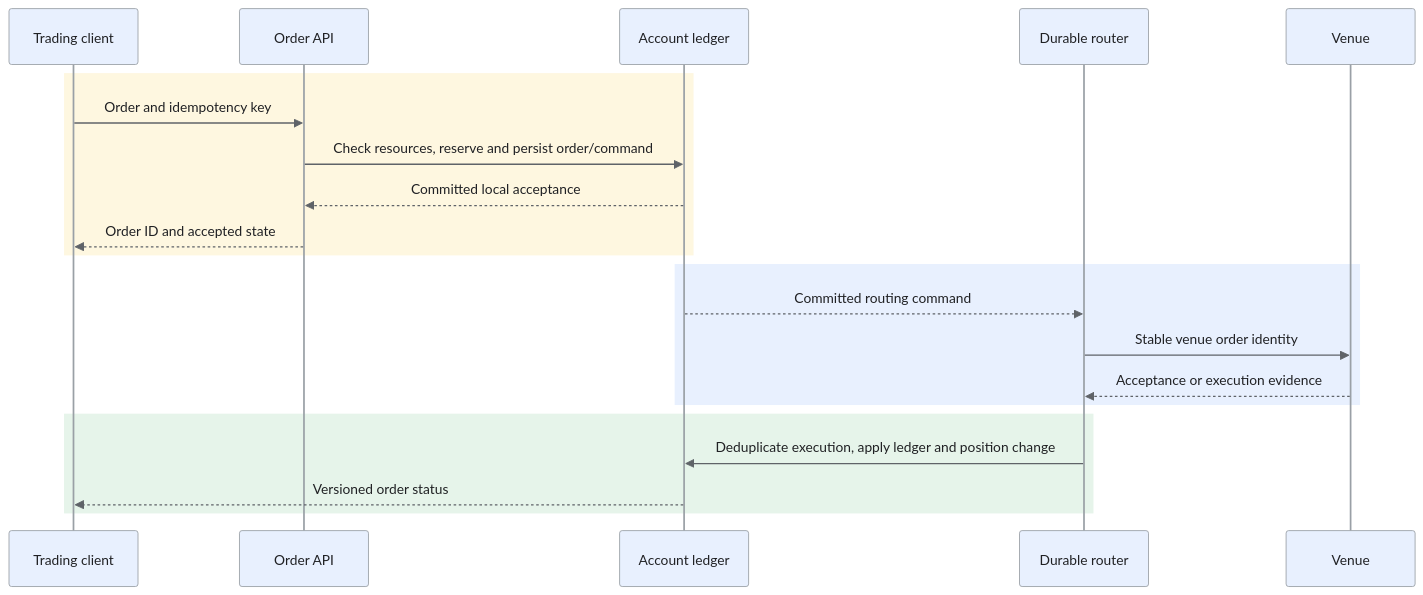
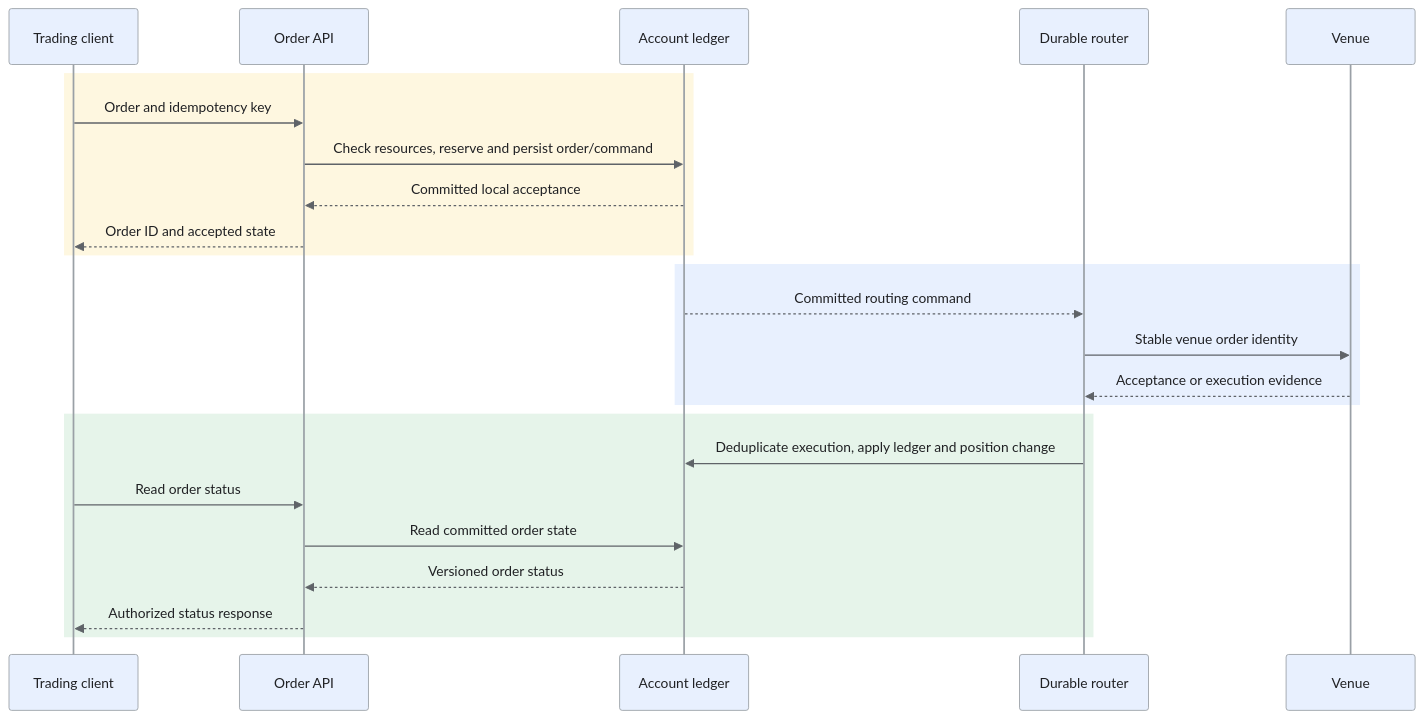
The second of 4 diagrams in _designs/system-design-stock-trading-platform.md (iliazlobin/iliazlobin.github.io), drawn with Mermaid before and after one commit. The commit also changed other lines of this file and 2 other files, not shown here.

Commit message:
docs: route sequence delivery through owning services

````diff
--- a/_designs/system-design-stock-trading-platform.md
+++ b/_designs/system-design-stock-trading-platform.md
@@ -216,25 +216,28 @@
 ```mermaid
 %%{init: {'theme':'base','themeVariables':{'primaryColor':'#e8f0fe','primaryTextColor':'#202124','primaryBorderColor':'#9aa0a6','lineColor':'#5f6368','secondaryColor':'#e6f4ea','tertiaryColor':'#fef7e0','actorBkg':'#e8f0fe','actorBorder':'#9aa0a6','actorTextColor':'#202124','noteBkgColor':'#fef7e0','noteTextColor':'#202124','noteBorderColor':'#9aa0a6','signalColor':'#5f6368','signalTextColor':'#202124','labelBoxBkgColor':'#fef7e0','labelBoxBorderColor':'#9aa0a6'}}}%%
 sequenceDiagram
   participant U as Trading client
   participant A as Order API
   participant D as Account ledger
   participant R as Durable router
   participant V as Venue
   rect rgb(254, 247, 224)
     U->>A: Order and idempotency key
     A->>D: Check resources, reserve and persist order/command
     D-->>A: Committed local acceptance
     A-->>U: Order ID and accepted state
   end
   rect rgb(232, 240, 254)
     D-->>R: Committed routing command
     R->>V: Stable venue order identity
     V-->>R: Acceptance or execution evidence
   end
   rect rgb(230, 244, 234)
     R->>D: Deduplicate execution, apply ledger and position change
-    D-->>U: Versioned order status
+    U->>A: Read order status
+    A->>D: Read committed order state
+    D-->>A: Versioned order status
+    A-->>U: Authorized status response
   end
 
 ```
````
